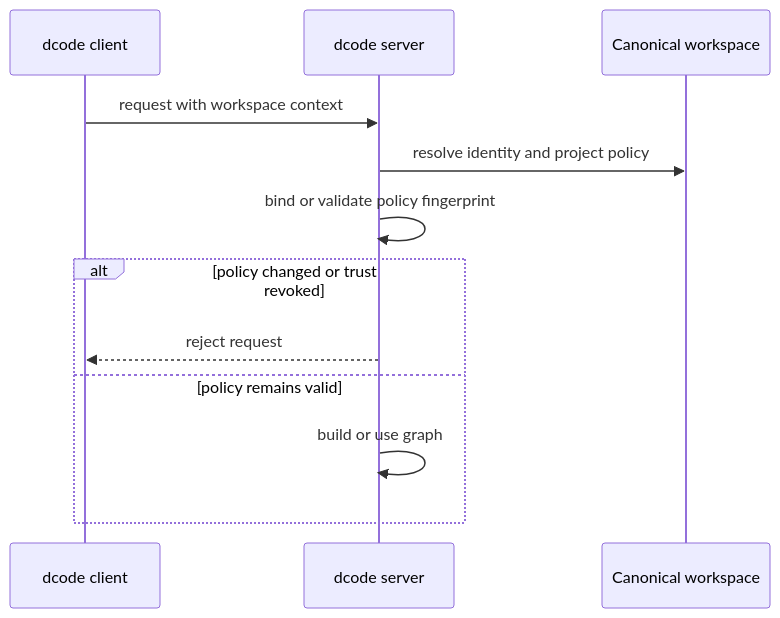
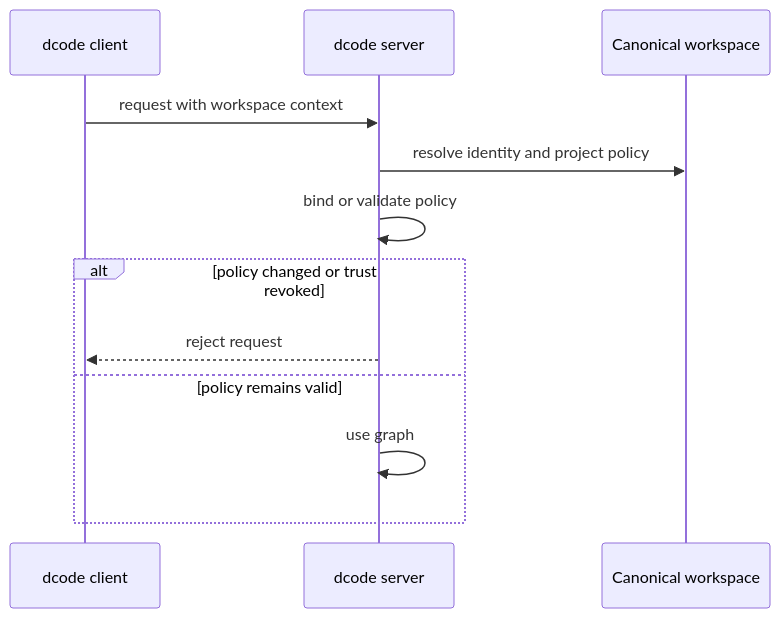
One commit to langchain-ai/deepagents changed the second of 2 diagrams in openwiki/operations/security.md. Above: the diagram before and after it, drawn with Mermaid. The commit also changed other lines of this file and 63 other files, not shown here.

````diff
--- a/openwiki/operations/security.md
+++ b/openwiki/operations/security.md
@@ -81,14 +101,14 @@
 ```mermaid
 sequenceDiagram
     participant Client as dcode client
     participant Server as dcode server
     participant Workspace as Canonical workspace
     Client->>Server: request with workspace context
     Server->>Workspace: resolve identity and project policy
-    Server->>Server: bind or validate policy fingerprint
+    Server->>Server: bind or validate policy
     alt policy changed or trust revoked
         Server-->>Client: reject request
     else policy remains valid
-        Server->>Server: build or use graph
+        Server->>Server: use graph
     end
 ```
````
